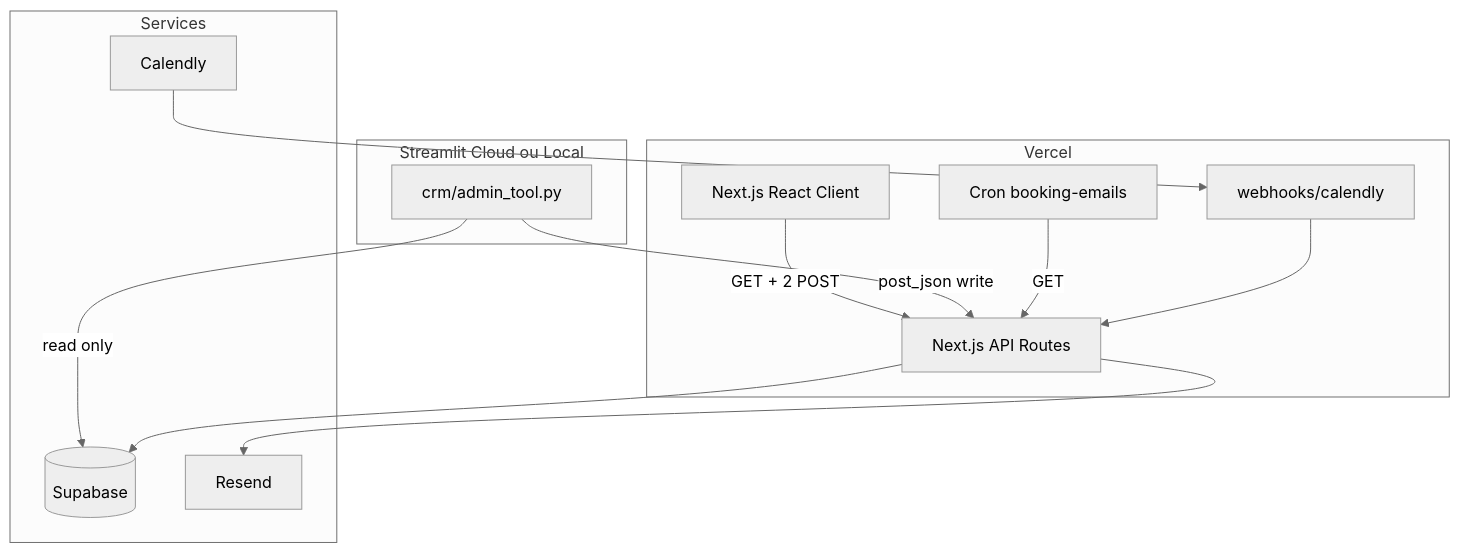
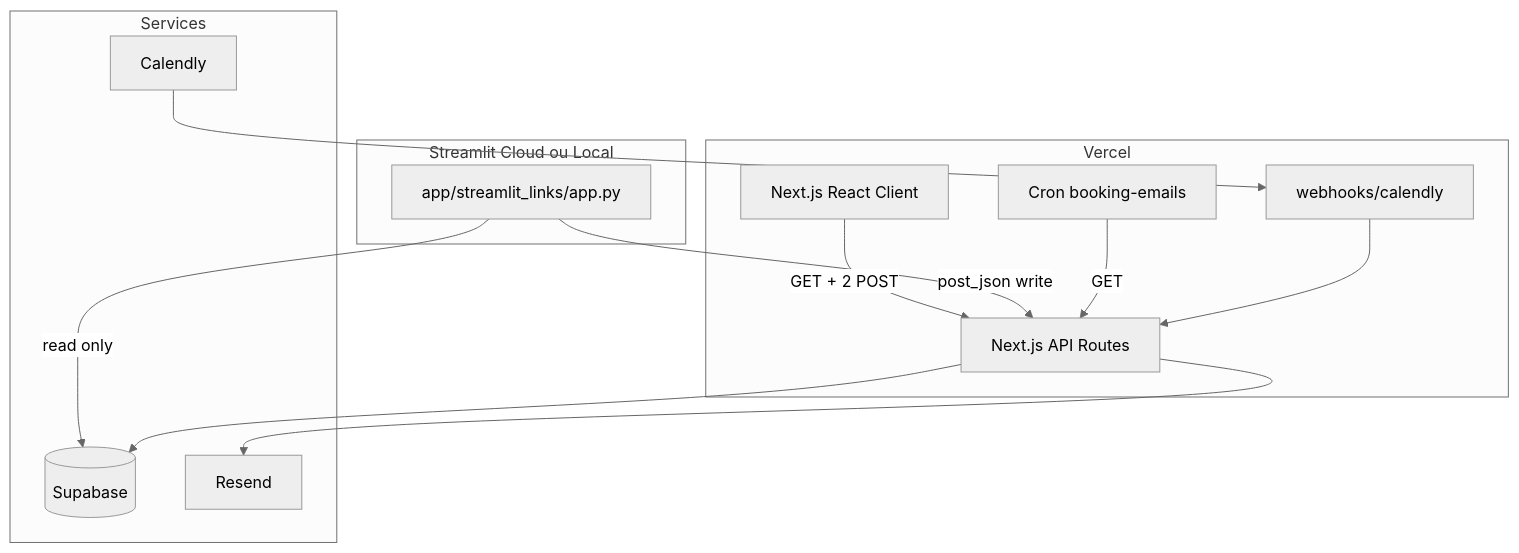
Before and after one commit to Semys1221/hercule.dev: the first of 2 diagrams in doc/tech-stack/01-four-lines-model.md, drawn with Mermaid (neutral theme). The commit also changed other lines of this file and 66 other files, not shown here.

````diff
--- a/doc/tech-stack/01-four-lines-model.md
+++ b/doc/tech-stack/01-four-lines-model.md
@@ -28,28 +28,28 @@
 ```mermaid
 flowchart TB
   subgraph vercel [Vercel]
     NextAPI[Next.js API Routes]
     NextUI[Next.js React Client]
     Cron[Cron booking-emails]
     CalendlyWH[webhooks/calendly]
   end
 
   subgraph streamlit [Streamlit Cloud ou Local]
-    CRM[crm/admin_tool.py]
+    CRM[app/streamlit_links/app.py]
   end
 
   subgraph external [Services]
     Supabase[(Supabase)]
     Resend[Resend]
     Calendly[Calendly]
   end
 
   NextUI -->|"GET + 2 POST"| NextAPI
   CRM -->|post_json write| NextAPI
   CRM -->|read only| Supabase
   Cron -->|GET| NextAPI
   CalendlyWH --> NextAPI
   Calendly --> CalendlyWH
   NextAPI --> Supabase
   NextAPI --> Resend
 ```
````
